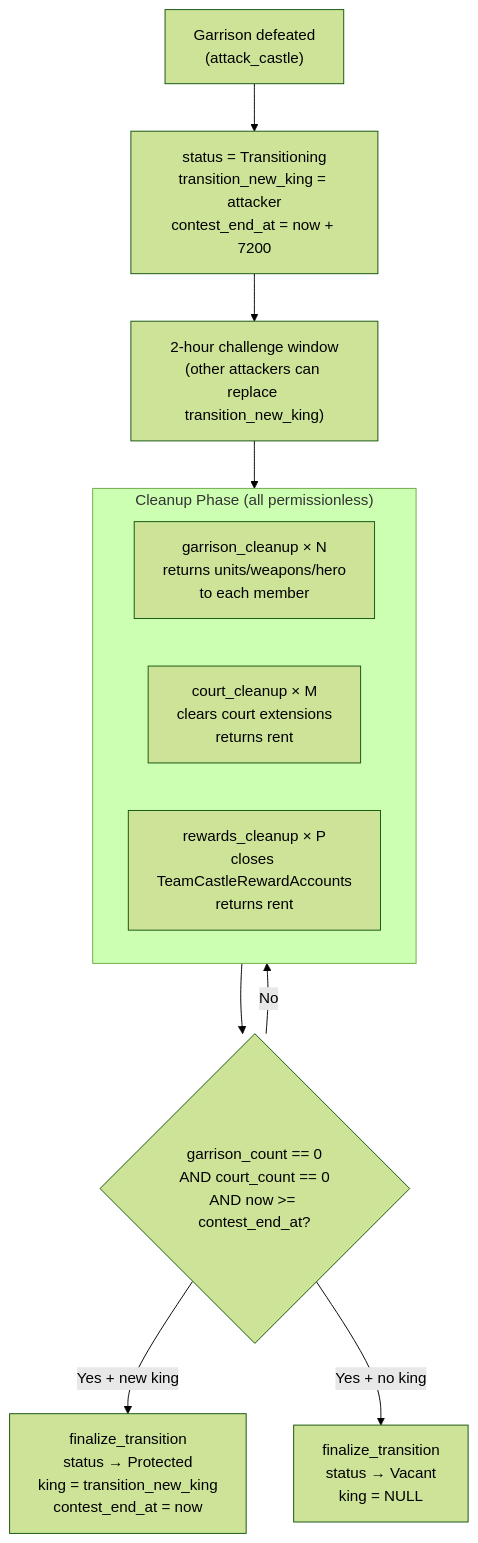
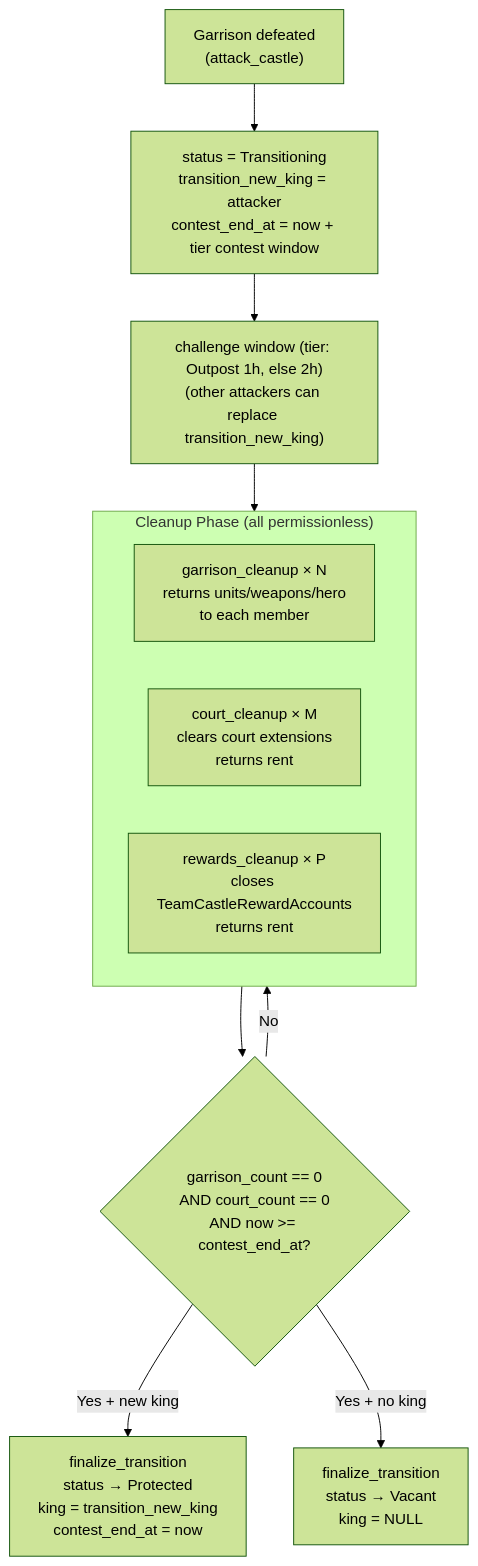
One commit to crypt0miester/novus-mundus changed the seventh of 12 diagrams in docs/onchain/04-systems/castle.md. Above: the diagram before and after it, drawn with Mermaid (forest theme). The commit also changed other lines of this file and 26 other files, not shown here.

Commit message:
Castles: tier-scaled protection/contest, uniform garrison, finalize registry fix, faster crank; docs and tests updated

````diff
--- a/docs/onchain/04-systems/castle.md
+++ b/docs/onchain/04-systems/castle.md
@@ -603,18 +608,18 @@
 ```mermaid
 flowchart TD
     START["Garrison defeated<br/>(attack_castle)"]
-    START --> TRANS["status = Transitioning<br/>transition_new_king = attacker<br/>contest_end_at = now + 7200"]
-    TRANS --> WINDOW["2-hour challenge window<br/>(other attackers can replace transition_new_king)"]
+    START --> TRANS["status = Transitioning<br/>transition_new_king = attacker<br/>contest_end_at = now + tier contest window"]
+    TRANS --> WINDOW["challenge window (tier: Outpost 1h, else 2h)<br/>(other attackers can replace transition_new_king)"]
     WINDOW --> CLEANUP["Permissionless cleanup cranks<br/>(any order, fully concurrent)"]
 
     subgraph CLEANUP["Cleanup Phase (all permissionless)"]
         GC["garrison_cleanup × N<br/>returns units/weapons/hero<br/>to each member"]
         CC["court_cleanup × M<br/>clears court extensions<br/>returns rent"]
         RC["rewards_cleanup × P<br/>closes TeamCastleRewardAccounts<br/>returns rent"]
     end
 
     CLEANUP --> GATE{"garrison_count == 0<br/>AND court_count == 0<br/>AND now >= contest_end_at?"}
     GATE -->|"Yes + new king"| PROT["finalize_transition<br/>status → Protected<br/>king = transition_new_king<br/>contest_end_at = now"]
     GATE -->|"Yes + no king"| VAC["finalize_transition<br/>status → Vacant<br/>king = NULL"]
     GATE -->|"No"| CLEANUP
 ```
````
